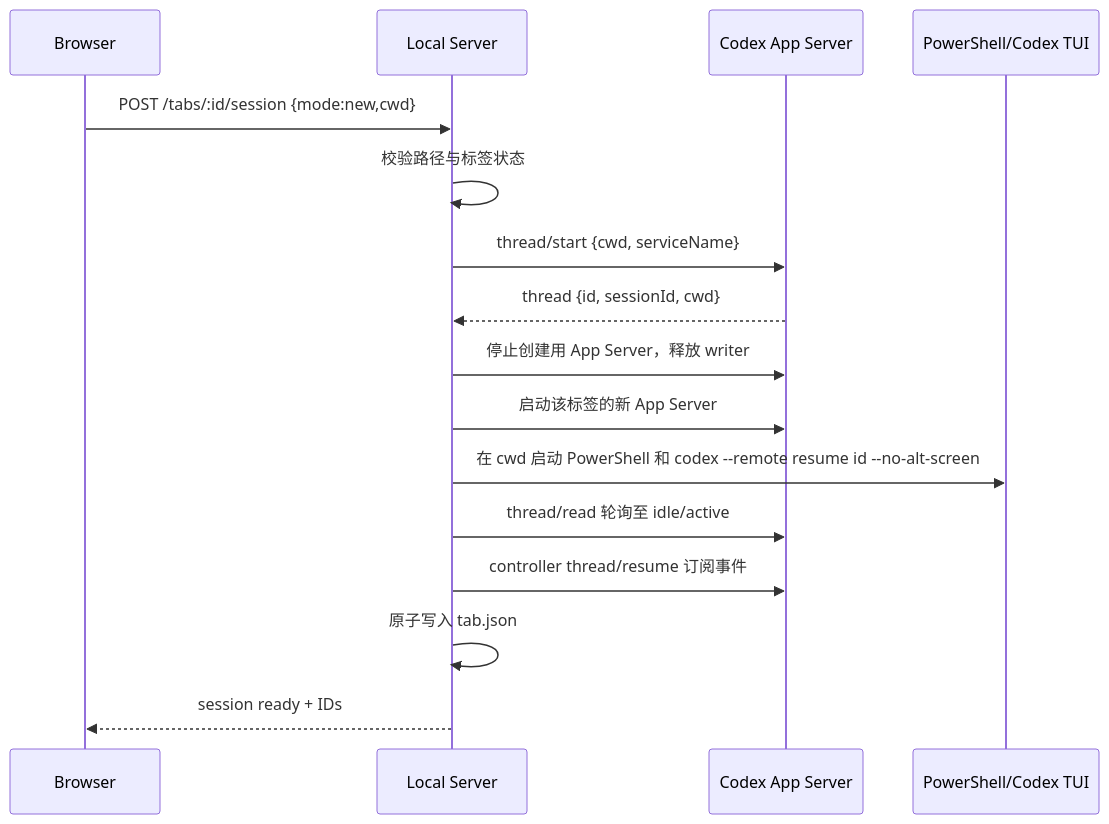
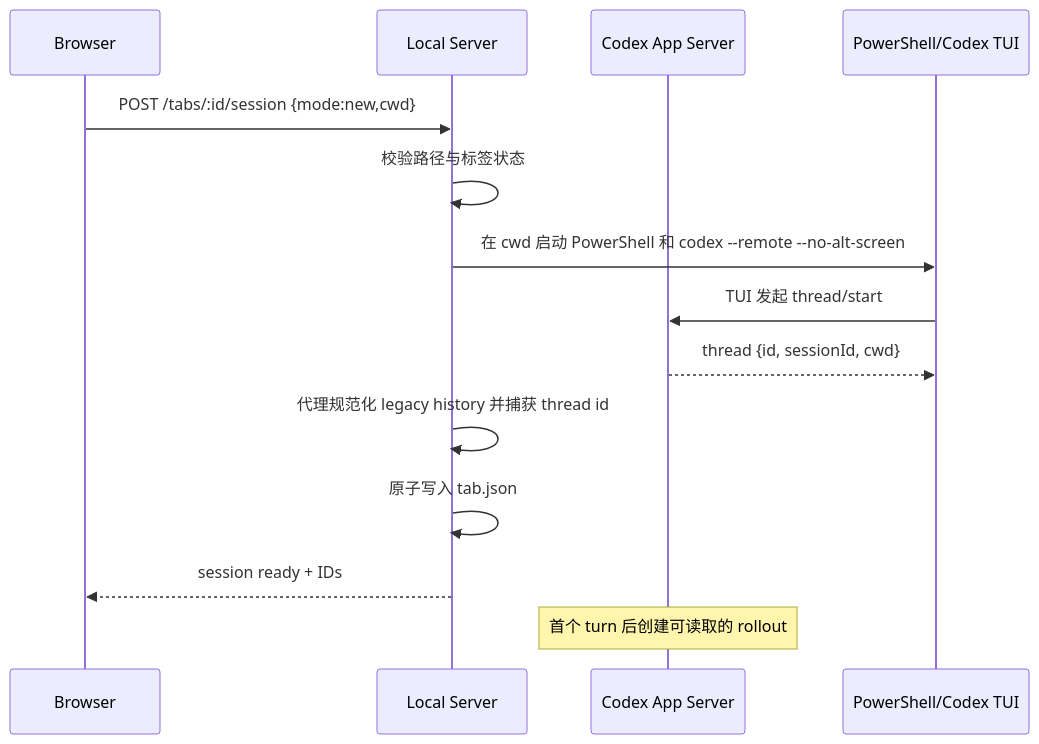
Before and after one commit to xpc16/Codex-Promptor: the second of 5 diagrams in docs/IMPLEMENTATION_SPEC.md, drawn with Mermaid. The commit also changed other lines of this file and 33 other files, not shown here.

````diff
--- a/docs/IMPLEMENTATION_SPEC.md
+++ b/docs/IMPLEMENTATION_SPEC.md
@@ -289,19 +307,17 @@
 ```mermaid
 sequenceDiagram
     participant UI as Browser
     participant API as Local Server
     participant AS as Codex App Server
     participant PTY as PowerShell/Codex TUI
 
     UI->>API: POST /tabs/:id/session {mode:new,cwd}
     API->>API: 校验路径与标签状态
-    API->>AS: thread/start {cwd, serviceName}
-    AS-->>API: thread {id, sessionId, cwd}
-    API->>AS: 停止创建用 App Server，释放 writer
-    API->>AS: 启动该标签的新 App Server
-    API->>PTY: 在 cwd 启动 PowerShell 和 codex --remote resume id --no-alt-screen
-    API->>AS: thread/read 轮询至 idle/active
-    API->>AS: controller thread/resume 订阅事件
+    API->>PTY: 在 cwd 启动 PowerShell 和 codex --remote --no-alt-screen
+    PTY->>AS: TUI 发起 thread/start
+    AS-->>PTY: thread {id, sessionId, cwd}
+    API->>API: 代理规范化 legacy history 并捕获 thread id
     API->>API: 原子写入 tab.json
     API-->>UI: session ready + IDs
+    Note over AS: 首个 turn 后创建可读取的 rollout
 ```
````
